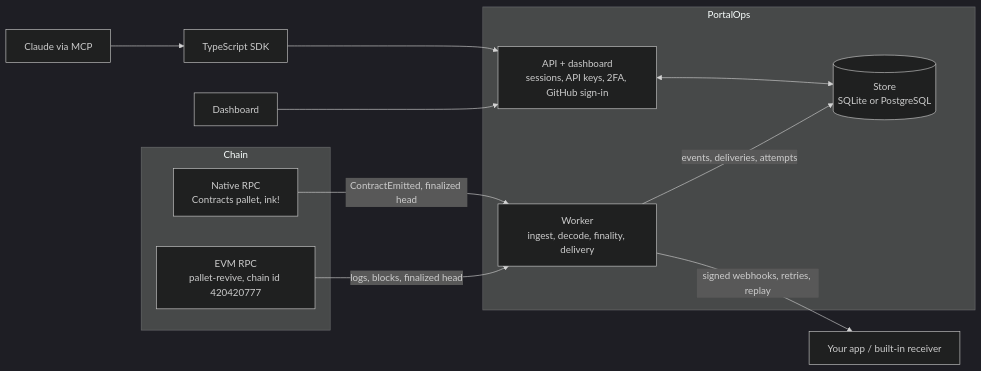
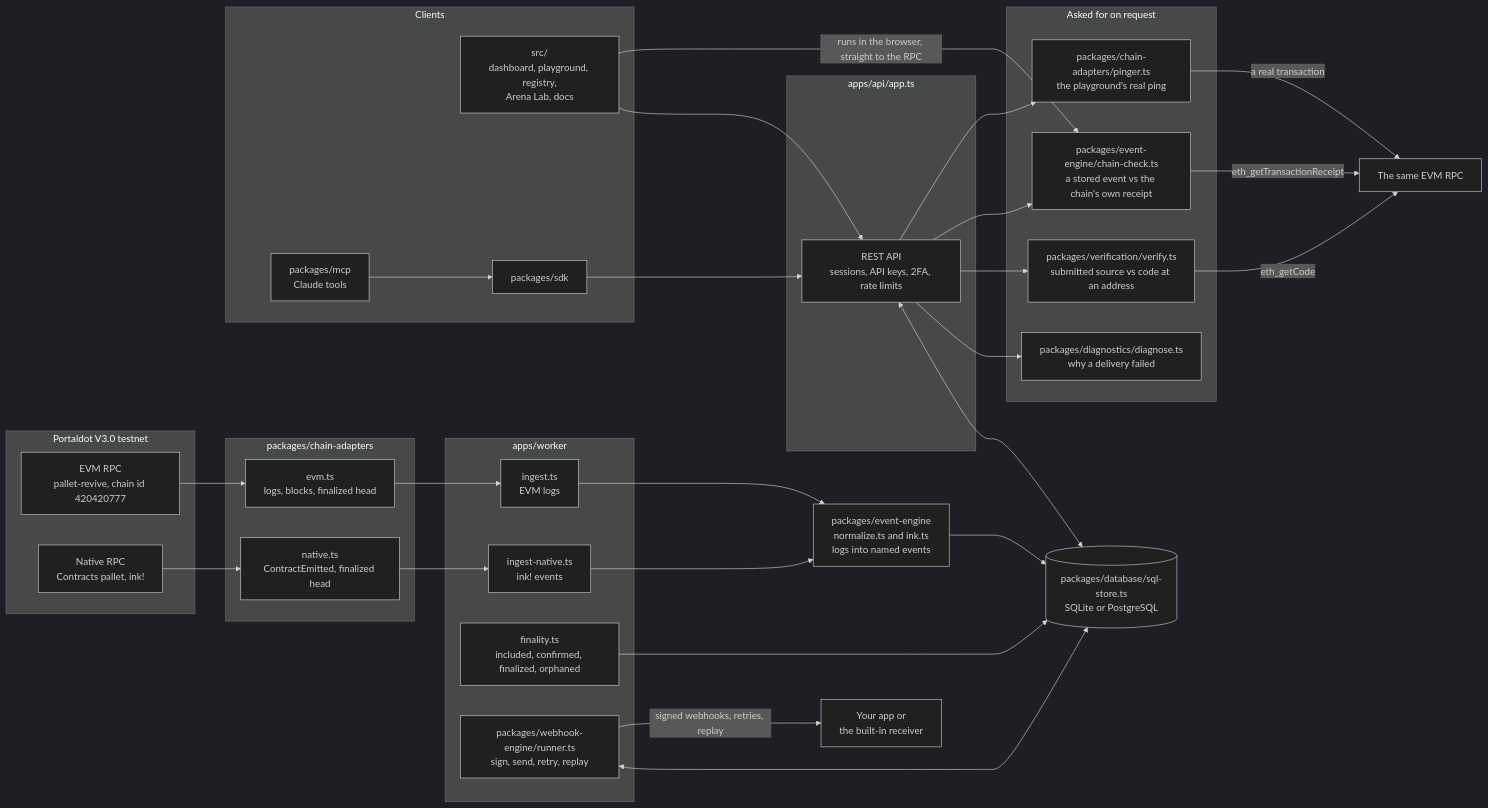
One commit to nofazechris/portalops changed the diagram in README.md. Above: the diagram before and after it, drawn with Mermaid (dark theme). The commit also changed other lines of this file and 3 other files, not shown here.

Commit message:
Docs: replace the stale architecture image with an accurate diagram (native reader, verification, chain check, diagnostics), correct the layout list, and test that every path the docs name exists

````diff
--- a/README.md
+++ b/README.md
@@ -172,20 +123,60 @@
 ```mermaid
 flowchart LR
-  subgraph Chain
-    EVM[EVM RPC<br/>pallet-revive, chain id 420420777]
-    NAT[Native RPC<br/>Contracts pallet, ink!]
+  subgraph chain["Portaldot V3.0 testnet"]
+    EVM["EVM RPC<br/>pallet-revive, chain id 420420777"]
+    NAT["Native RPC<br/>Contracts pallet, ink!"]
   end
-  subgraph PortalOps
-    W[Worker<br/>ingest, decode, finality, delivery]
-    S[(Store<br/>SQLite or PostgreSQL)]
-    A[API + dashboard<br/>sessions, API keys, 2FA, GitHub sign-in]
+
+  subgraph adapters["packages/chain-adapters"]
+    ADE["evm.ts<br/>logs, blocks, finalized head"]
+    ADN["native.ts<br/>ContractEmitted, finalized head"]
   end
-  EVM -->|logs, blocks, finalized head| W
-  NAT -->|ContractEmitted, finalized head| W
-  W -->|events, deliveries, attempts| S
-  A <--> S
-  W -->|signed webhooks, retries, replay| R[Your app / built-in receiver]
-  D[Dashboard] --> A
-  SDK[TypeScript SDK] --> A
-  MCP[Claude via MCP] --> SDK
+
+  subgraph worker["apps/worker"]
+    ING["ingest.ts<br/>EVM logs"]
+    INGN["ingest-native.ts<br/>ink! events"]
+    FIN["finality.ts<br/>included, confirmed, finalized, orphaned"]
+    RUN["packages/webhook-engine/runner.ts<br/>sign, send, retry, replay"]
+  end
+
+  NORM["packages/event-engine<br/>normalize.ts and ink.ts<br/>logs into named events"]
+  DB[("packages/database/sql-store.ts<br/>SQLite or PostgreSQL")]
+  RCV["Your app or<br/>the built-in receiver"]
+
+  EVM --> ADE --> ING --> NORM
+  NAT --> ADN --> INGN --> NORM
+  NORM --> DB
+  FIN --> DB
+  RUN <--> DB
+  RUN -->|signed webhooks, retries, replay| RCV
+
+  subgraph api["apps/api/app.ts"]
+    REST["REST API<br/>sessions, API keys, 2FA, rate limits"]
+  end
+  REST <--> DB
+
+  subgraph clients["Clients"]
+    UI["src/<br/>dashboard, playground, registry,<br/>Arena Lab, docs"]
+    SDK["packages/sdk"]
+    MCP["packages/mcp<br/>Claude tools"]
+  end
+  UI --> REST
+  SDK --> REST
+  MCP --> SDK
+
+  subgraph ondemand["Asked for on request"]
+    DIAG["packages/diagnostics/diagnose.ts<br/>why a delivery failed"]
+    VER["packages/verification/verify.ts<br/>submitted source vs code at an address"]
+    CHK["packages/event-engine/chain-check.ts<br/>a stored event vs the chain's own receipt"]
+    PING["packages/chain-adapters/pinger.ts<br/>the playground's real ping"]
+  end
+  CHAIN2["The same EVM RPC"]
+  REST --> DIAG
+  REST --> VER
+  REST --> CHK
+  REST --> PING
+  UI -->|runs in the browser, straight to the RPC| CHK
+  VER -->|eth_getCode| CHAIN2
+  CHK -->|eth_getTransactionReceipt| CHAIN2
+  PING -->|a real transaction| CHAIN2
 ```
````
